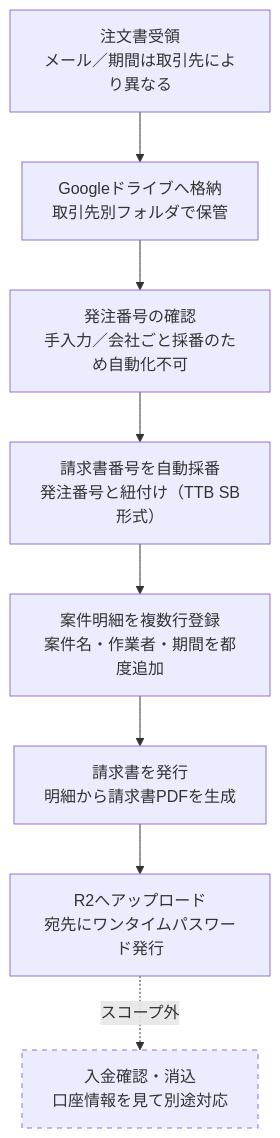
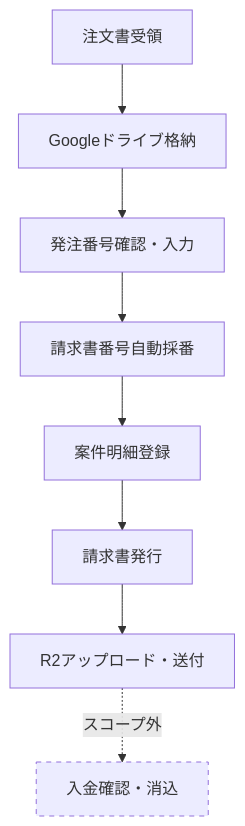
Before and after one commit to shigi4git-hub/billing: the diagram in 00_docs/00_請求書発行業務フロー図.md, drawn with Mermaid. The commit also changed other lines of this file, not shown here.

Commit message:
フロー図のラベル短縮（GitHub表示崩れ再対応）

````diff
--- a/00_docs/00_請求書発行業務フロー図.md
+++ b/00_docs/00_請求書発行業務フロー図.md
@@ -10,12 +10,12 @@
 ```mermaid
 flowchart TD
-    A[注文書受領<br>メール／期間は取引先により異なる] --> B[Googleドライブへ格納<br>取引先別フォルダで保管]
-    B --> C[発注番号の確認<br>手入力／会社ごと採番のため自動化不可]
-    C --> D[請求書番号を自動採番<br>発注番号と紐付け（TTB SB形式）]
-    D --> E[案件明細を複数行登録<br>案件名・作業者・期間を都度追加]
-    E --> F[請求書を発行<br>明細から請求書PDFを生成]
-    F --> G[R2へアップロード<br>宛先にワンタイムパスワード発行]
-    G -.スコープ外.-> H[入金確認・消込<br>口座情報を見て別途対応]
+    A[注文書受領] --> B[Googleドライブ格納]
+    B --> C[発注番号確認・入力]
+    C --> D[請求書番号自動採番]
+    D --> E[案件明細登録]
+    E --> F[請求書発行]
+    F --> G[R2アップロード・送付]
+    G -.スコープ外.-> H[入金確認・消込]
 
     style H stroke-dasharray:5,5
 ```
````
